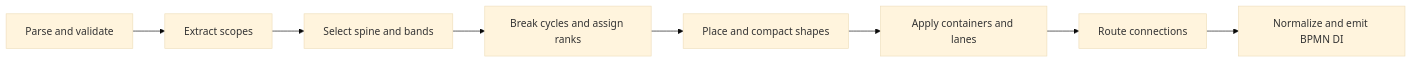
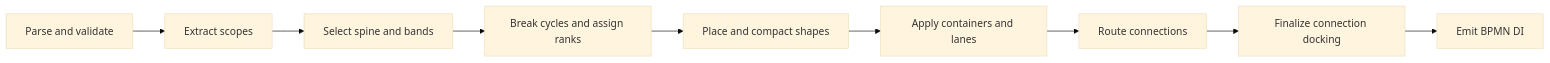
Before and after one commit to bpmn-io/bpmn-auto-layout: the first of 3 diagrams in docs/LAYOUT.md, drawn with Mermaid (base theme). The commit also changed other lines of this file and 4 other files, not shown here.

````diff
--- a/docs/LAYOUT.md
+++ b/docs/LAYOUT.md
@@ -42,10 +42,11 @@
 ```mermaid
 flowchart LR
     A["Parse and validate"] --> B["Extract scopes"]
     B --> C["Select spine and bands"]
     C --> D["Break cycles and assign ranks"]
     D --> E["Place and compact shapes"]
     E --> F["Apply containers and lanes"]
     F --> G["Route connections"]
-    G --> H["Normalize and emit BPMN DI"]
+    G --> H["Finalize connection docking"]
+    H --> I["Emit BPMN DI"]
 ```
````
